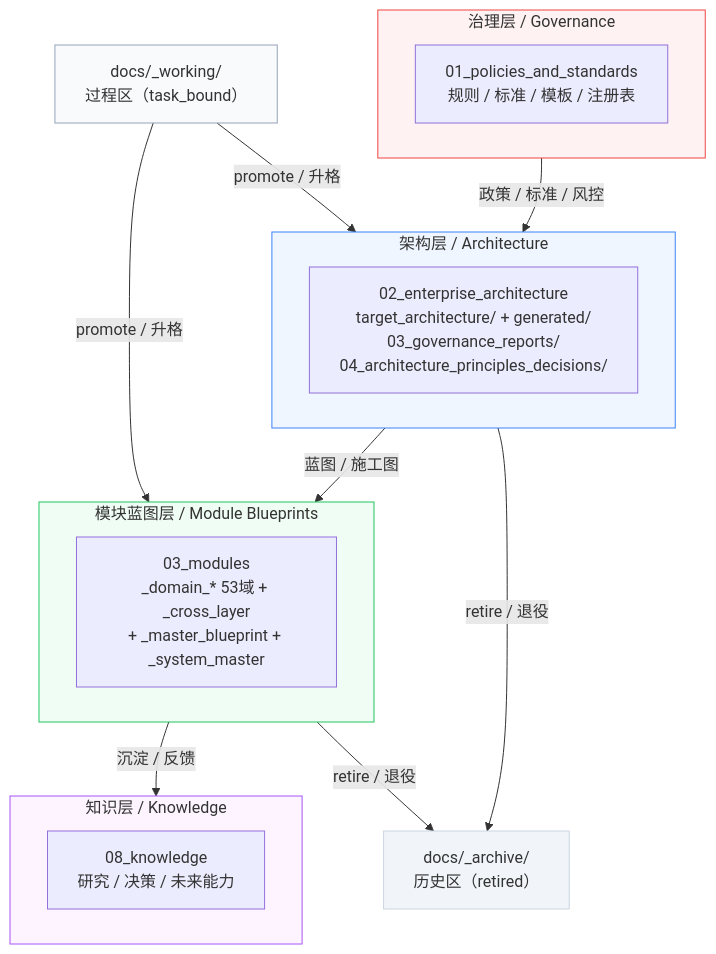
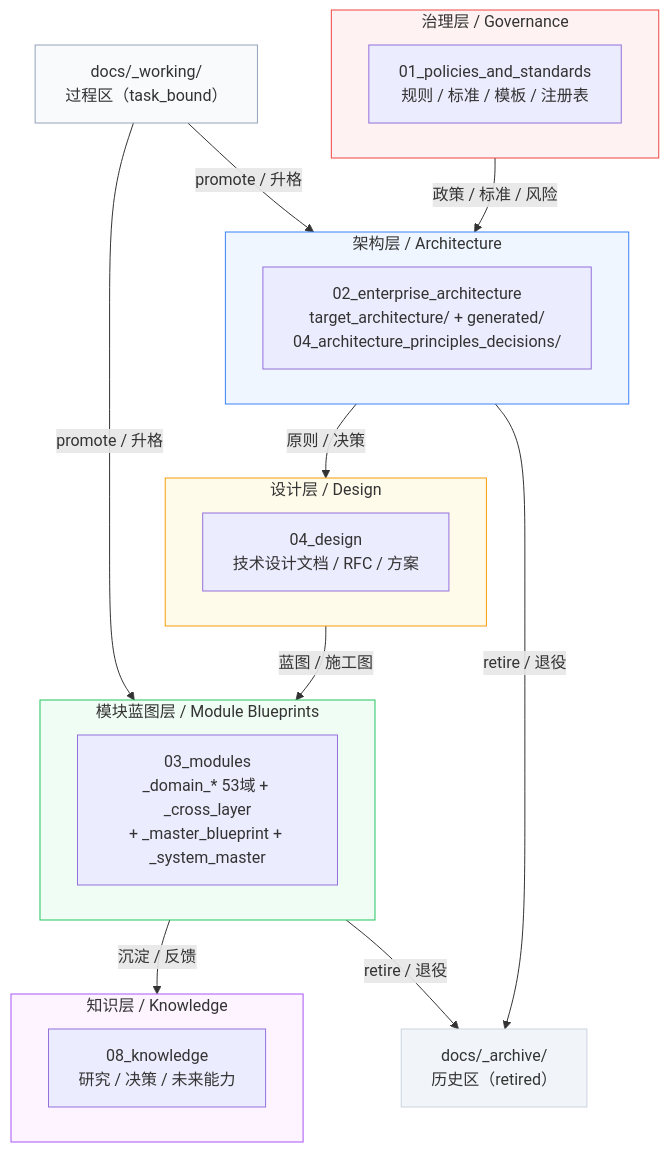
Before and after one commit to xuanFelixVan/ZephyrAlpha: the diagram in docs/02_enterprise_architecture/target_architecture/diagrams/docs_drawer_topology.mmd, drawn with Mermaid. The commit also changed 11 other files, not shown here.

First line of the commit message:
docs: 清理过时架构图 — 删6个+修正7个Source/细节

```diff
--- a/docs/02_enterprise_architecture/target_architecture/diagrams/docs_drawer_topology.mmd
+++ b/docs/02_enterprise_architecture/target_architecture/diagrams/docs_drawer_topology.mmd
@@ -1,36 +1,42 @@
 %%{init: {'theme': 'default'}}%%
 %% v2.0.0: 同步对齐 information_architecture.md §4 的6顶级目录结构（原20+抽屉已简化）
 graph TB
     subgraph GOV["治理层 / Governance"]
         G01["01_policies_and_standards<br/>规则 / 标准 / 模板 / 注册表"]
     end
 
     subgraph ARCH["架构层 / Architecture"]
-        A02["02_enterprise_architecture<br/>target_architecture/ + generated/<br/>03_governance_reports/<br/>04_architecture_principles_decisions/"]
+        A02["02_enterprise_architecture<br/>target_architecture/ + generated/<br/>04_architecture_principles_decisions/"]
+    end
+
+    subgraph DESIGN["设计层 / Design"]
+        D04["04_design<br/>技术设计文档 / RFC / 方案"]
     end
 
     subgraph MOD["模块蓝图层 / Module Blueprints"]
         M03["03_modules<br/>_domain_* 53域 + _cross_layer<br/>+ _master_blueprint + _system_master"]
     end
 
     subgraph KB["知识层 / Knowledge"]
         K08["08_knowledge<br/>研究 / 决策 / 未来能力"]
     end
 
     WS["docs/_working/<br/>过程区（task_bound）"]
     AR["docs/_archive/<br/>历史区（retired）"]
 
-    GOV -->|"政策 / 标准 / 风控"| ARCH
-    ARCH -->|"蓝图 / 施工图"| MOD
+    GOV -->|"政策 / 标准 / 风险"| ARCH
+    ARCH -->|"原则 / 决策"| DESIGN
+    DESIGN -->|"蓝图 / 施工图"| MOD
     MOD -->|"沉淀 / 反馈"| KB
     WS -->|"promote / 升格"| ARCH
     WS -->|"promote / 升格"| MOD
     ARCH -->|"retire / 退役"| AR
     MOD -->|"retire / 退役"| AR
 
     style GOV fill:#fef2f2,stroke:#ef4444
     style ARCH fill:#eff6ff,stroke:#3b82f6
+    style DESIGN fill:#fffbeb,stroke:#f59e0b
     style MOD fill:#f0fdf4,stroke:#22c55e
     style KB fill:#fdf4ff,stroke:#a855f7
     style WS fill:#f8fafc,stroke:#94a3b8
     style AR fill:#f1f5f9,stroke:#cbd5e1
```
